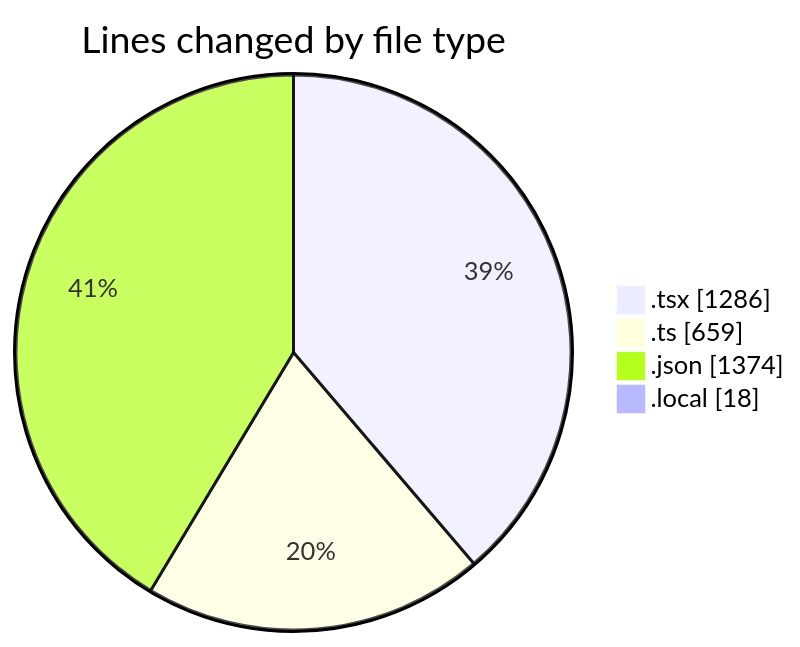
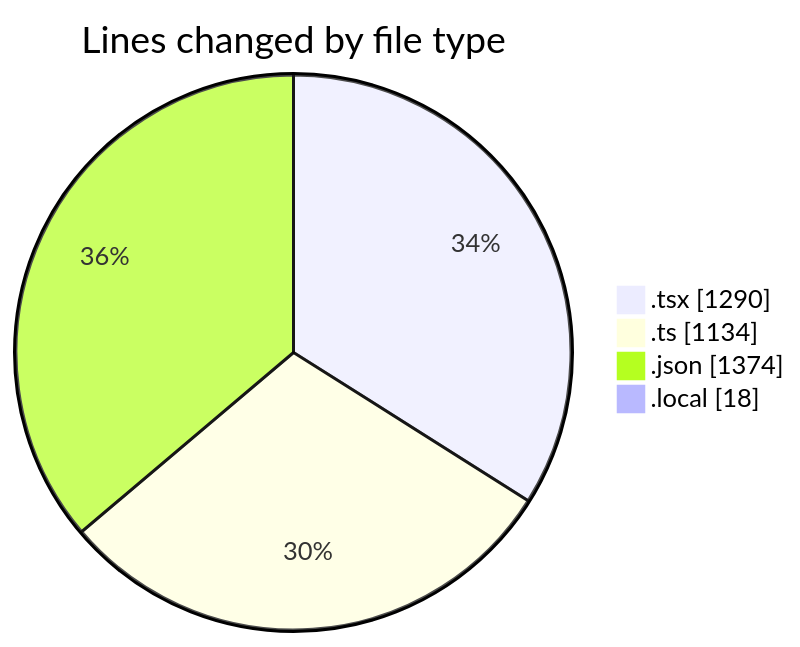
The first of 2 diagrams in 2025-10-16/eventscop-frontend-guide__workspace_/README.md (julien-gomy/code-tracking), drawn with Mermaid before and after one commit. The commit also changed other lines of this file and 1 other file, not shown here.

````diff
--- a/2025-10-16/eventscop-frontend-guide__workspace_/README.md
+++ b/2025-10-16/eventscop-frontend-guide__workspace_/README.md
@@ -38,8 +40,8 @@
 ```mermaid
 pie showData
 title Lines changed by file type
-".tsx" : 1286
-".ts" : 659
+".tsx" : 1290
+".ts" : 1134
 ".json" : 1374
 ".local" : 18
 ```
````
